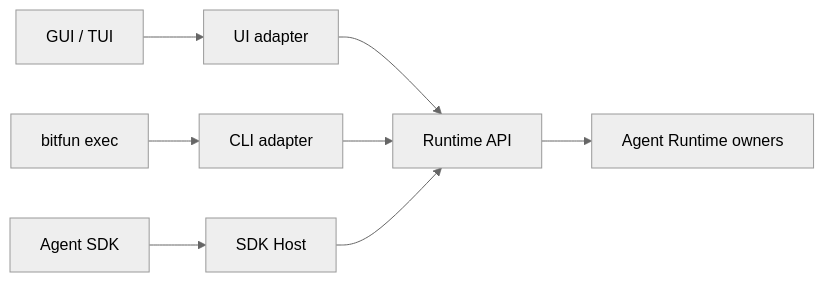
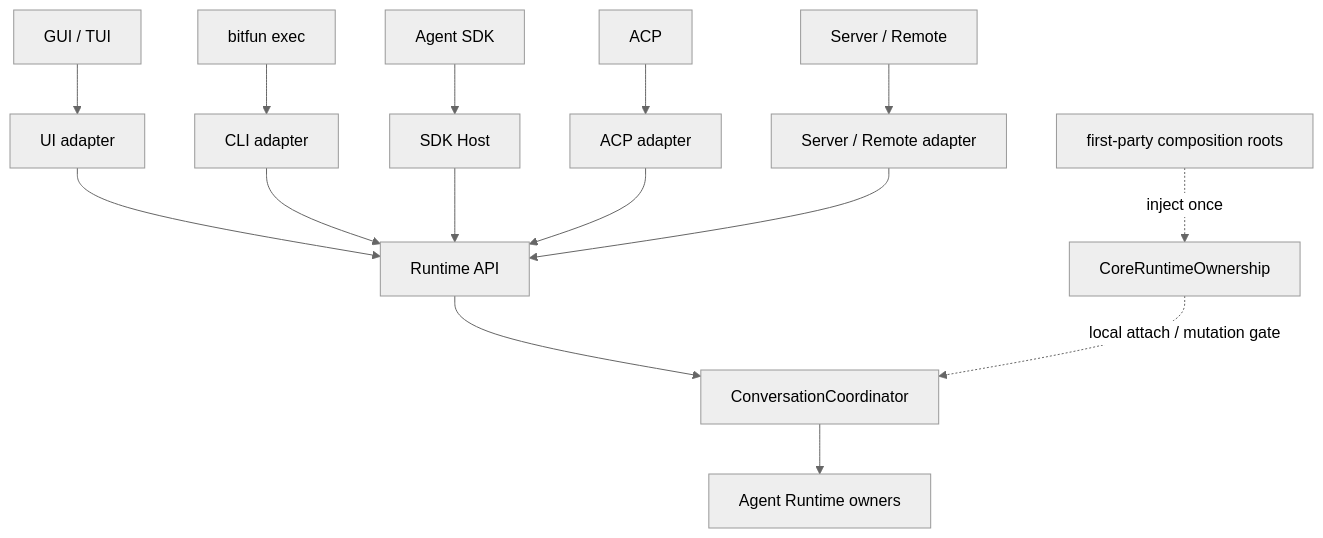
Before and after one commit to 1688mengdie/BitFun: the fourth of 11 diagrams in docs/architecture/agent-sdk-product-architecture.md, drawn with Mermaid (neutral theme). The commit also changed other lines of this file and 65 other files, not shown here.

Commit message:
refactor(runtime): unify local entrypoint ownership

````diff
--- a/docs/architecture/agent-sdk-product-architecture.md
+++ b/docs/architecture/agent-sdk-product-architecture.md
@@ -173,10 +173,18 @@
 ```mermaid
-flowchart LR
+flowchart TB
   GUI["GUI / TUI"] --> UIA["UI adapter"]
   CLI["bitfun exec"] --> CLIA["CLI adapter"]
   SDK["Agent SDK"] --> SDKA["SDK Host"]
+  ACP["ACP"] --> ACPA["ACP adapter"]
+  Server["Server / Remote"] --> RemoteA["Server / Remote adapter"]
   UIA --> API["Runtime API"]
   CLIA --> API
   SDKA --> API
-  API --> Runtime["Agent Runtime owners"]
+  ACPA --> API["Runtime API"]
+  RemoteA --> API
+  API --> Coordinator["ConversationCoordinator"]
+  Coordinator --> Runtime["Agent Runtime owners"]
+
+  Composition["first-party composition roots"] -. "inject once" .-> Ownership["CoreRuntimeOwnership"]
+  Ownership -. "local attach / mutation gate" .-> Coordinator
 ```
````
